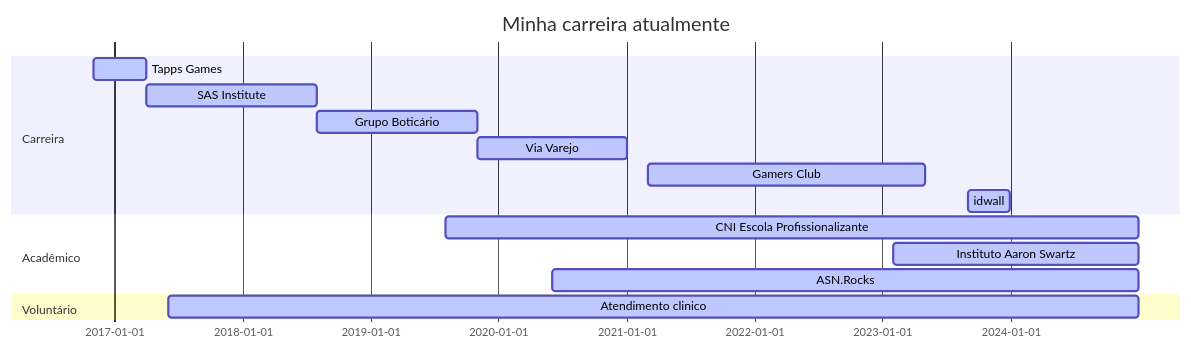
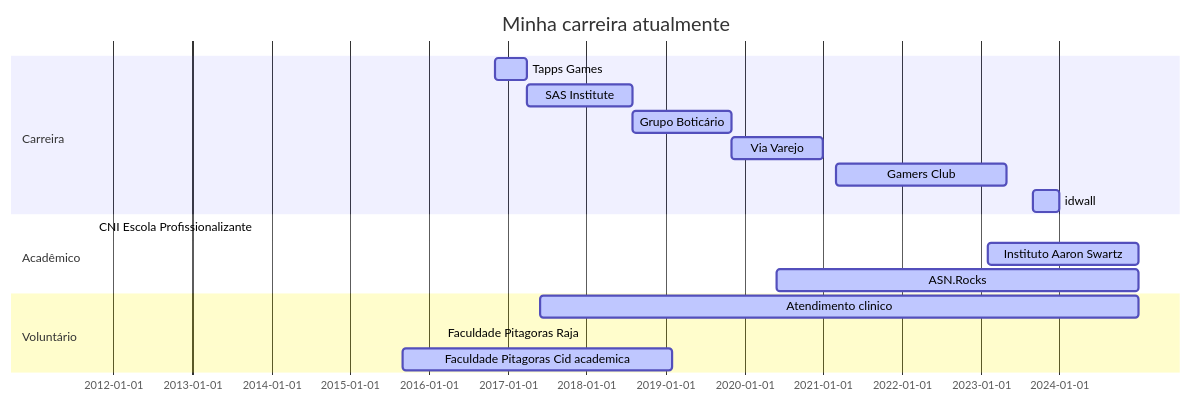
One commit to Ridd1kulusC0d3r/Ridd1kulusC0d3r changed the diagram in README.md. Above: the diagram before and after it, drawn with Mermaid.

````diff
--- a/README.md
+++ b/README.md
@@ -9,22 +9,24 @@
 ```mermaid
 
 gantt
 dateFormat  YYYY-MM-DD
 title Minha carreira atualmente
 
 section Carreira
 Tapps Games           :active,, 2016-11-01,2017-04-01
 SAS Institute         :active,, 2017-04-01,2018-08-01
 Grupo Boticário       :active,, 2018-08-01,2019-11-01
 Via Varejo            :active,, 2019-11-01,2021-01-01
 Gamers Club           :active,, 2021-03-01,2023-05-01
 idwall                :active,, 2023-09-01,2023-12-31
 
 section Acadêmico
-CNI Escola Profissionalizante            :active,, 2019-08-01,2024-12-31
+CNI Escola Profissionalizante            :active,, 2011-10-01,2012-02-31
 Instituto Aaron Swartz :active,, 2023-02-01,2024-12-31
 ASN.Rocks              :active,, 2020-06-01,2024-12-31
 
 section Voluntário
 Atendimento clinico    :active,, 2017-06-01,2024-12-31
+Faculdade Pitagoras Raja  :active,, 2016-03-01,2018-04-31
+Faculdade Pitagoras Cid academica :active,, 2015-09-01,2019-01-31
 ```
````
